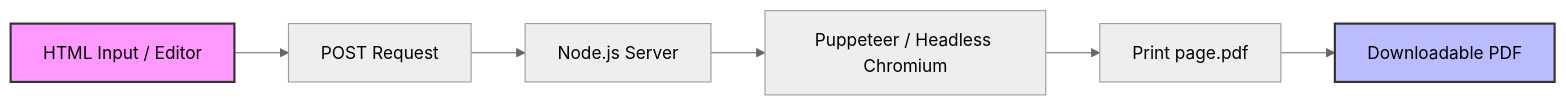
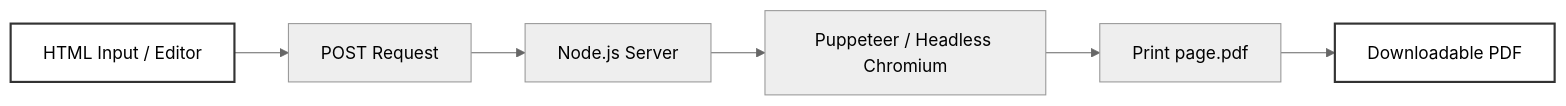
Before and after one commit to AnkitDTUSE/PDFphile: the first of 5 diagrams in README.md, drawn with Mermaid (neutral theme). The commit also changed other lines of this file, not shown here.

````diff
--- a/README.md
+++ b/README.md
@@ -72,10 +72,10 @@
 ```mermaid
 graph LR
     HTML[HTML Input / Editor] --> Req[POST Request]
     Req --> Node[Node.js Server]
     Node --> Chrome[Puppeteer / Headless Chromium]
     Chrome --> Render[Print page.pdf]
     Render --> PDF[Downloadable PDF]
-    style HTML fill:#f9f,stroke:#333,stroke-width:2px
-    style PDF fill:#bbf,stroke:#333,stroke-width:2px
+    style HTML fill:#fff,stroke:#333,stroke-width:2px,color:#000
+    style PDF fill:#fff,stroke:#333,stroke-width:2px,color:#000
 ```
````
